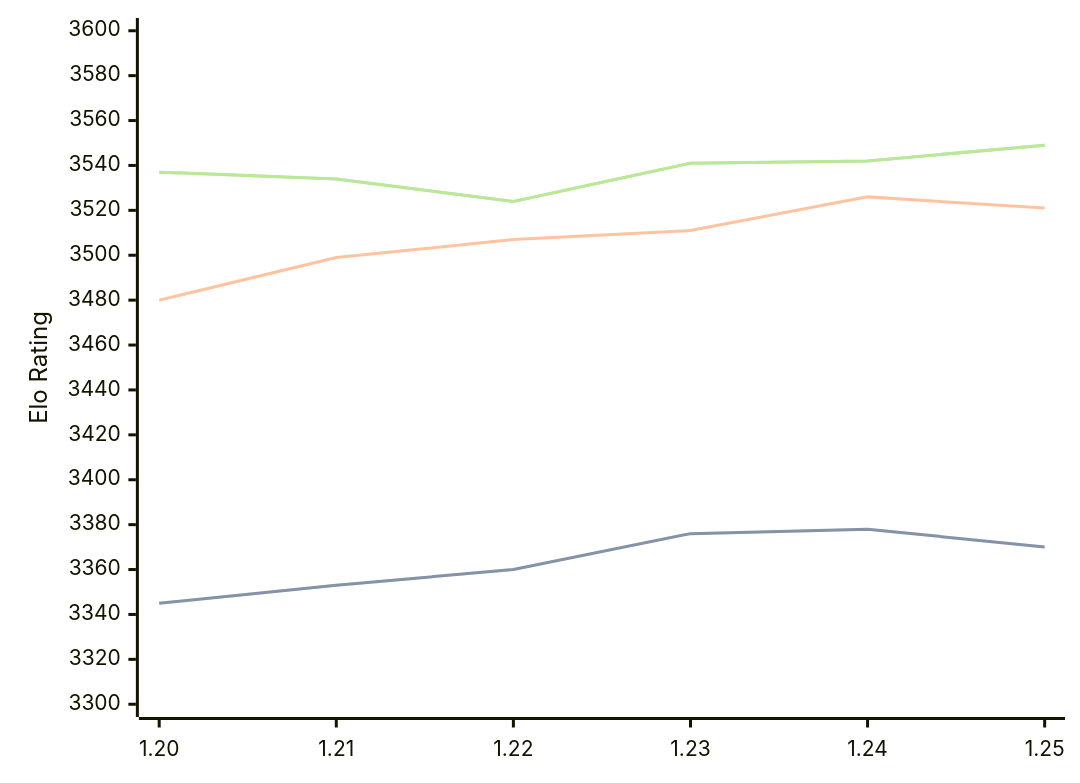
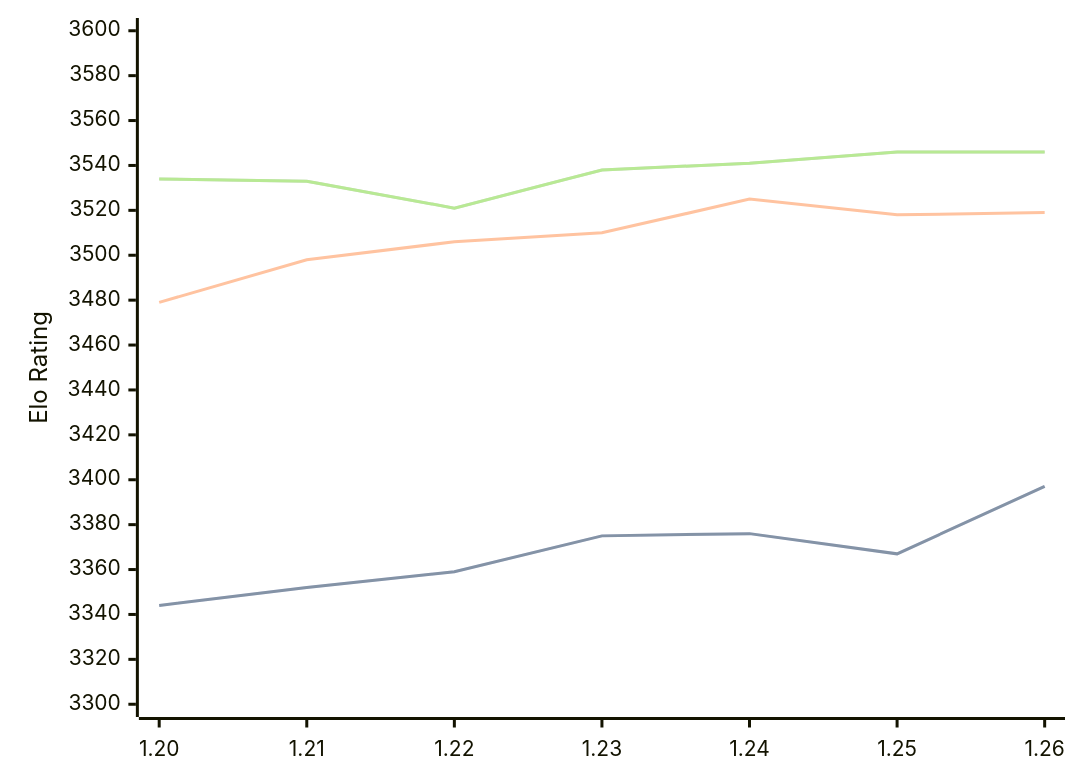
Before and after one commit to computer-chess-index/cci: the diagram in engines/Caissa.md, drawn with Mermaid. The commit also changed other lines of this file, not shown here.

Commit message:
Update CCI Ratings (ELO VLTC) - 2026-08-12

````diff
--- a/engines/Caissa.md
+++ b/engines/Caissa.md
@@ -37,11 +37,11 @@
 ```mermaid
 %%{init: {"theme":"base","themeVariables":{"seriesColors:['#a3a3a3','#222221','#faa371']}}}%%
 xychart-beta
-  x-axis ["1.20", "1.21", "1.22", "1.23", "1.24", "1.25"]
+  x-axis ["1.20", "1.21", "1.22", "1.23", "1.24", "1.25", "1.26"]
   y-axis "Elo Rating" 3300 --> 3600
-  line "STC (8.0+0.08s)" [3345, 3353, 3360, 3376, 3378, 3370]
-  line "STC (8.0+0.08s)" [3345, 3353, 3360, 3376, 3378, 3370]
-  line "LTC (60.0+0.60s)" [3480, 3499, 3507, 3511, 3526, 3521]
-  line "VLTC (2m24s+1.12s)" [3537, 3534, 3524, 3541, 3542, 3549]
-  line "VLTC (2m24s+1.12s)" [3537, 3534, 3524, 3541, 3542, 3549]
+  line "STC (8.0+0.08s)" [3344, 3352, 3359, 3375, 3376, 3367, 3397]
+  line "STC (8.0+0.08s)" [3344, 3352, 3359, 3375, 3376, 3367, 3397]
+  line "LTC (60.0+0.60s)" [3479, 3498, 3506, 3510, 3525, 3518, 3519]
+  line "VLTC (2m24s+1.12s)" [3534, 3533, 3521, 3538, 3541, 3546, 3546]
+  line "VLTC (2m24s+1.12s)" [3534, 3533, 3521, 3538, 3541, 3546, 3546]
 ```
````
